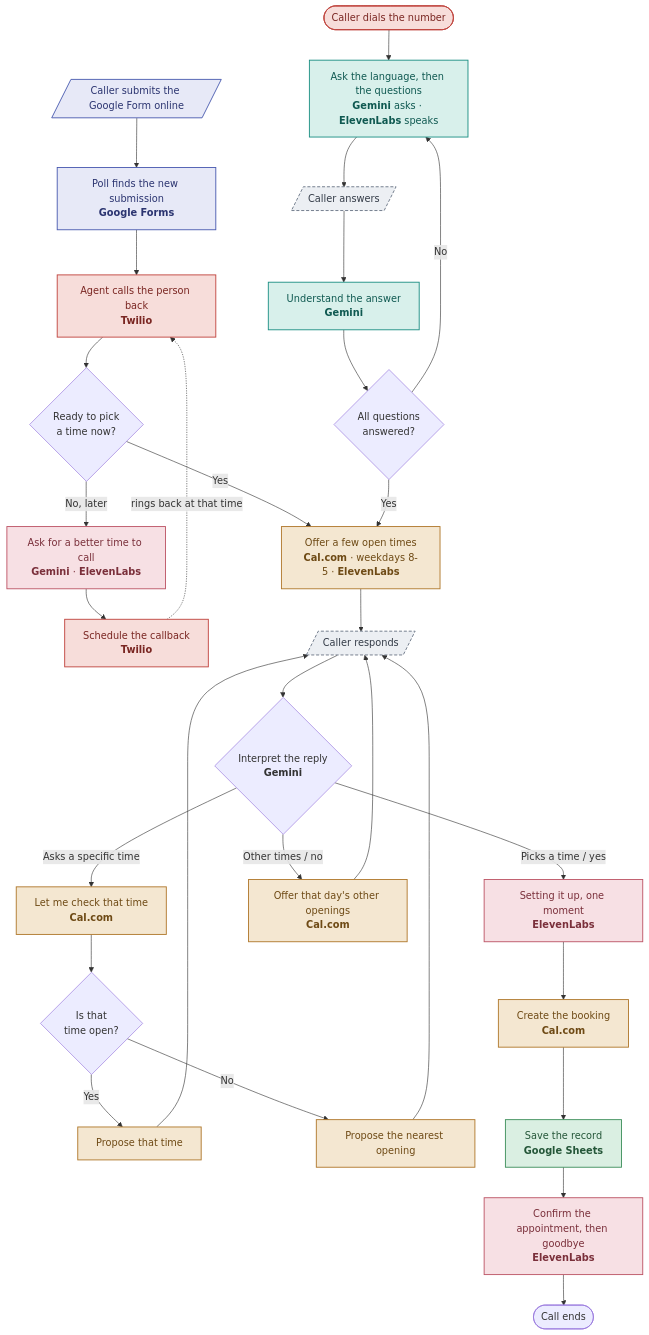
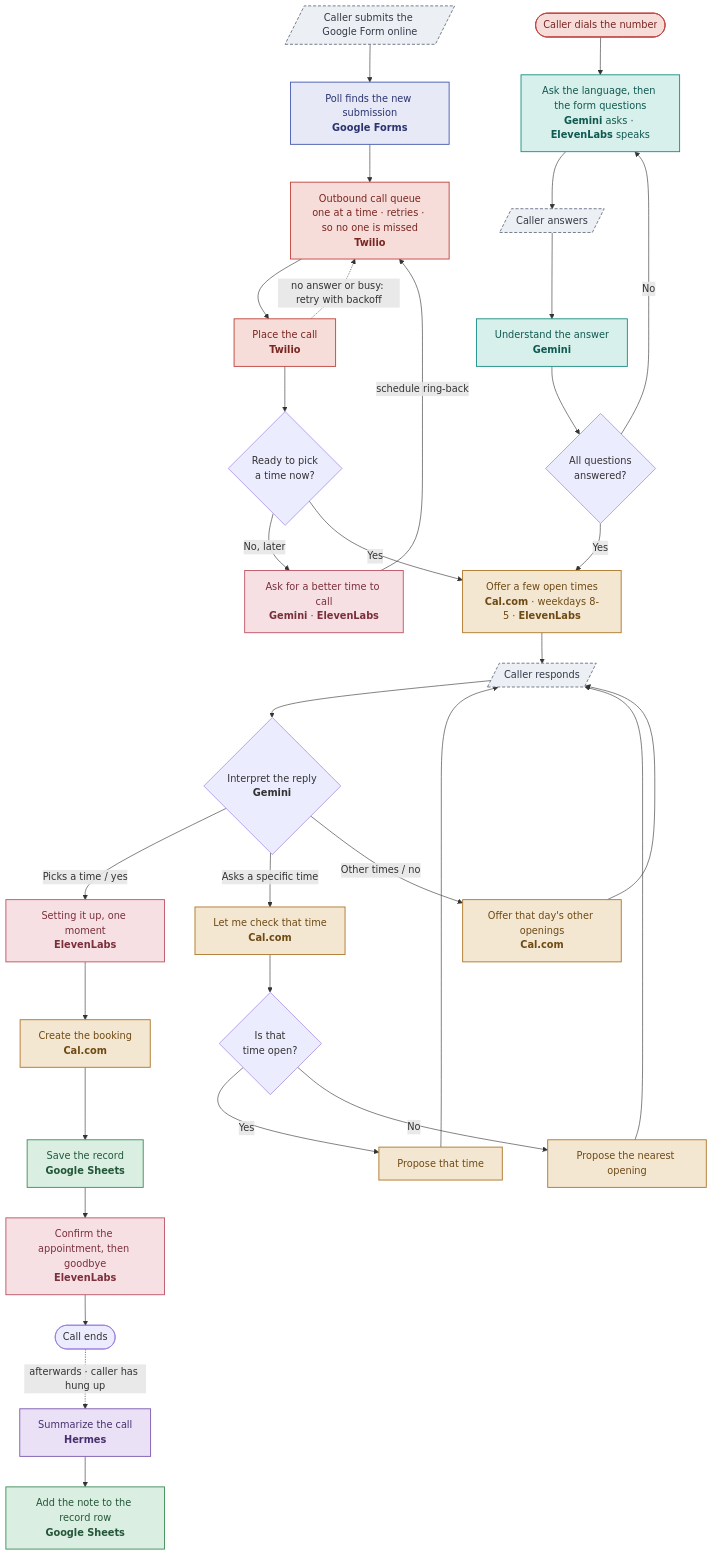
Before and after one commit to tecace-soft/voice-agent: the diagram in README.md, drawn with Mermaid. The commit also changed other lines of this file and 4 other files, not shown here.

Commit message:
Updated README and flow chart

````diff
--- a/README.md
+++ b/README.md
@@ -27,42 +27,52 @@
 ```mermaid
 flowchart TD
-    Form[/"Caller submits the Google Form online"/]:::forms --> Poll["Poll finds the new submission<br/><b>Google Forms</b>"]:::forms
-    Poll --> Call["Agent calls the person back<br/><b>Twilio</b>"]:::twilio
+    %% ---- entry 1: outbound — form submission -> queued call ----
+    Form[/"Caller submits the Google Form online"/]:::caller --> Poll["Poll finds the new submission<br/><b>Google Forms</b>"]:::forms
+    Poll --> Queue["Outbound call queue<br/>one at a time · retries · so no one is missed<br/><b>Twilio</b>"]:::twilio
+    Queue --> Call["Place the call<br/><b>Twilio</b>"]:::twilio
+    Call -. "no answer or busy: retry with backoff" .-> Queue
     Call --> Ready{"Ready to pick<br/>a time now?"}
     Ready -->|No, later| CB["Ask for a better time to call<br/><b>Gemini</b> · <b>ElevenLabs</b>"]:::voice
-    CB --> Queue["Schedule the callback<br/><b>Twilio</b>"]:::twilio
-    Queue -. rings back at that time .-> Call
+    CB -->|schedule ring-back| Queue
     Ready -->|Yes| Offer
 
-    Dial(["Caller dials the number"]):::twilio --> Ask["Ask the language, then the questions<br/><b>Gemini</b> asks · <b>ElevenLabs</b> speaks"]:::gemini
-    Ask --> Say[/Caller answers/]:::caller
+    %% ---- entry 2: inbound, caller dials in ----
+    Dial(["Caller dials the number"]):::twilio --> Ask["Ask the language, then the form questions<br/><b>Gemini</b> asks · <b>ElevenLabs</b> speaks"]:::gemini
+    Ask --> Say[/"Caller answers"/]:::caller
     Say --> Understand["Understand the answer<br/><b>Gemini</b>"]:::gemini
     Understand --> Done{"All questions<br/>answered?"}
     Done -->|No| Ask
     Done -->|Yes| Offer
 
+    %% ---- scheduling: offer, then interpret the reply ----
     Offer["Offer a few open times<br/><b>Cal.com</b> · weekdays 8-5 · <b>ElevenLabs</b>"]:::cal --> Resp[/Caller responds/]:::caller
     Resp --> Intent{"Interpret the reply<br/><b>Gemini</b>"}
     Intent -->|Picks a time / yes| Ack
     Intent -->|Asks a specific time| Check["Let me check that time<br/><b>Cal.com</b>"]:::cal
     Intent -->|Other times / no| Others["Offer that day's other openings<br/><b>Cal.com</b>"]:::cal
     Others --> Resp
     Check --> Free{"Is that<br/>time open?"}
     Free -->|Yes| Prop["Propose that time"]:::cal
     Free -->|No| Near["Propose the nearest opening"]:::cal
     Prop --> Resp
     Near --> Resp
 
+    %% ---- booking: acknowledge, then do the slow work, then confirm ----
     Ack["Setting it up, one moment<br/><b>ElevenLabs</b>"]:::voice --> Book["Create the booking<br/><b>Cal.com</b>"]:::cal
     Book --> Save["Save the record<br/><b>Google Sheets</b>"]:::sheets
     Save --> Confirm["Confirm the appointment, then goodbye<br/><b>ElevenLabs</b>"]:::voice
     Confirm --> End(["Call ends"])
 
+    %% ---- after the call: background summary (caller has hung up) ----
+    End -. "afterwards · caller has hung up" .-> Summary["Summarize the call<br/><b>Hermes</b>"]:::hermes
+    Summary --> Note["Add the note to the record row<br/><b>Google Sheets</b>"]:::sheets
+
     classDef forms fill:#e7e9f7,stroke:#4a5bb0,color:#2b3470,stroke-width:1.5px;
+    classDef hermes fill:#eae1f6,stroke:#7d5bb0,color:#472f6e,stroke-width:1.5px;
     classDef gemini fill:#d8f0eb,stroke:#1c8f84,color:#0f5951,stroke-width:1.5px;
     classDef voice fill:#f7e0e4,stroke:#bd5566,color:#7a2f3a,stroke-width:1.5px;
     classDef cal fill:#f4e7d1,stroke:#b0782c,color:#6e4a15,stroke-width:1.5px;
     classDef sheets fill:#daefe2,stroke:#3f8f5c,color:#245638,stroke-width:1.5px;
     classDef twilio fill:#f7ddda,stroke:#c0453f,color:#7a2622,stroke-width:1.5px;
     classDef caller fill:#eceff3,stroke:#6b7686,color:#333b47,stroke-width:1.5px,stroke-dasharray:5 3;
 ```
````
